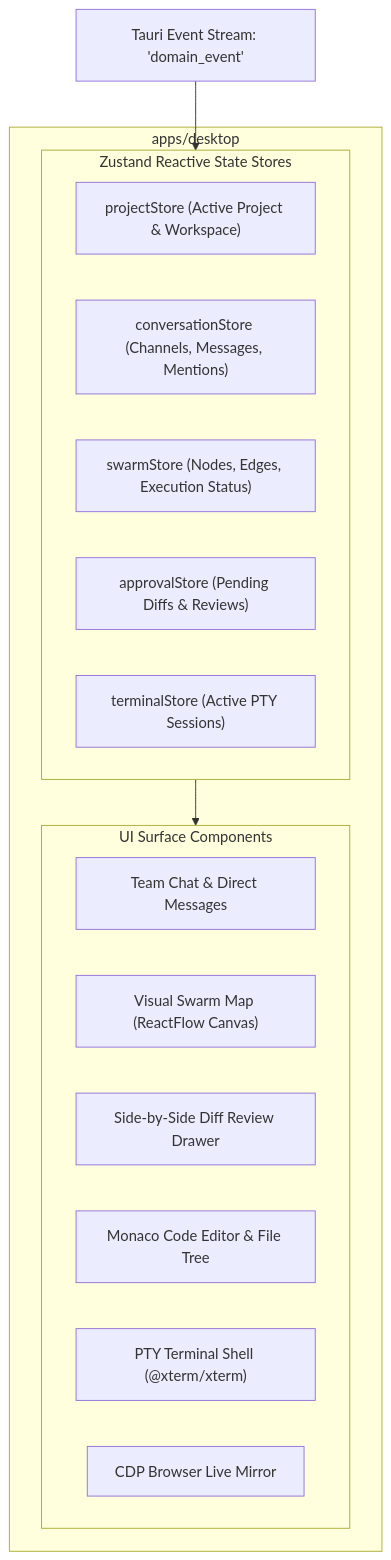
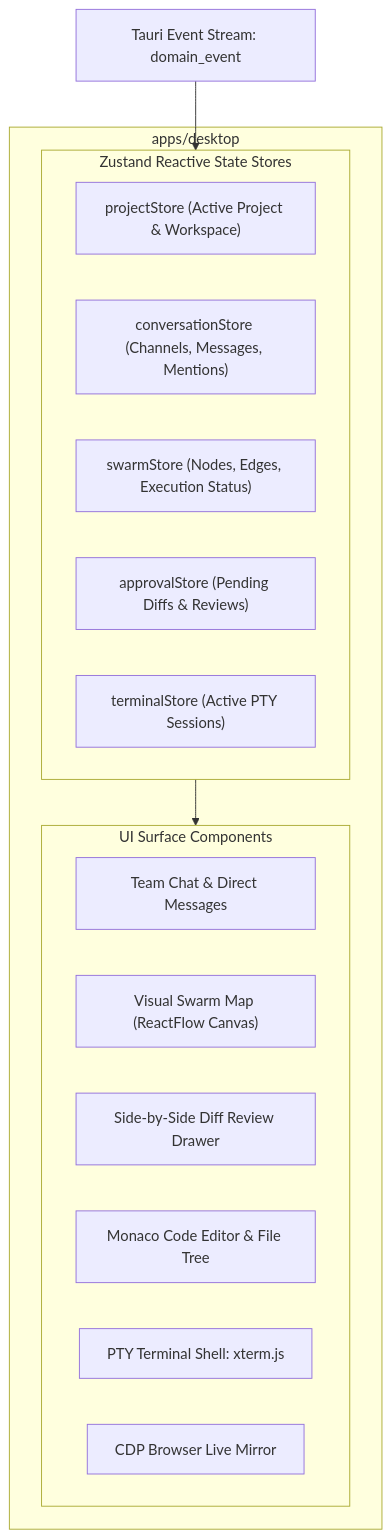
Before and after one commit to abhayzangir1/trans4mer: the tenth of 10 diagrams in docs/ARCHITECTURE.md, drawn with Mermaid. The commit also changed other lines of this file, not shown here.

Commit message:
docs: sanitize Mermaid diagram syntax for GitHub native renderer

````diff
--- a/docs/ARCHITECTURE.md
+++ b/docs/ARCHITECTURE.md
@@ -412,24 +412,24 @@
 ```mermaid
 flowchart TD
     subgraph TauriApp ["apps/desktop"]
         subgraph Stores ["Zustand Reactive State Stores"]
             ProjectStore["projectStore (Active Project & Workspace)"]
             ChatStore["conversationStore (Channels, Messages, Mentions)"]
             SwarmStore["swarmStore (Nodes, Edges, Execution Status)"]
             ApprovalStore["approvalStore (Pending Diffs & Reviews)"]
             TerminalStore["terminalStore (Active PTY Sessions)"]
         end
 
         subgraph Components ["UI Surface Components"]
             ChatView["Team Chat & Direct Messages"]
             SwarmCanvas["Visual Swarm Map (ReactFlow Canvas)"]
             DiffDrawer["Side-by-Side Diff Review Drawer"]
             MonacoPane["Monaco Code Editor & File Tree"]
-            TerminalPane["PTY Terminal Shell (@xterm/xterm)"]
+            TerminalPane["PTY Terminal Shell: xterm.js"]
             MirrorPane["CDP Browser Live Mirror"]
         end
     end
 
-    TauriEvents["Tauri Event Stream: 'domain_event'"] --> Stores
+    TauriEvents["Tauri Event Stream: domain_event"] --> Stores
     Stores --> Components
 ```
````
